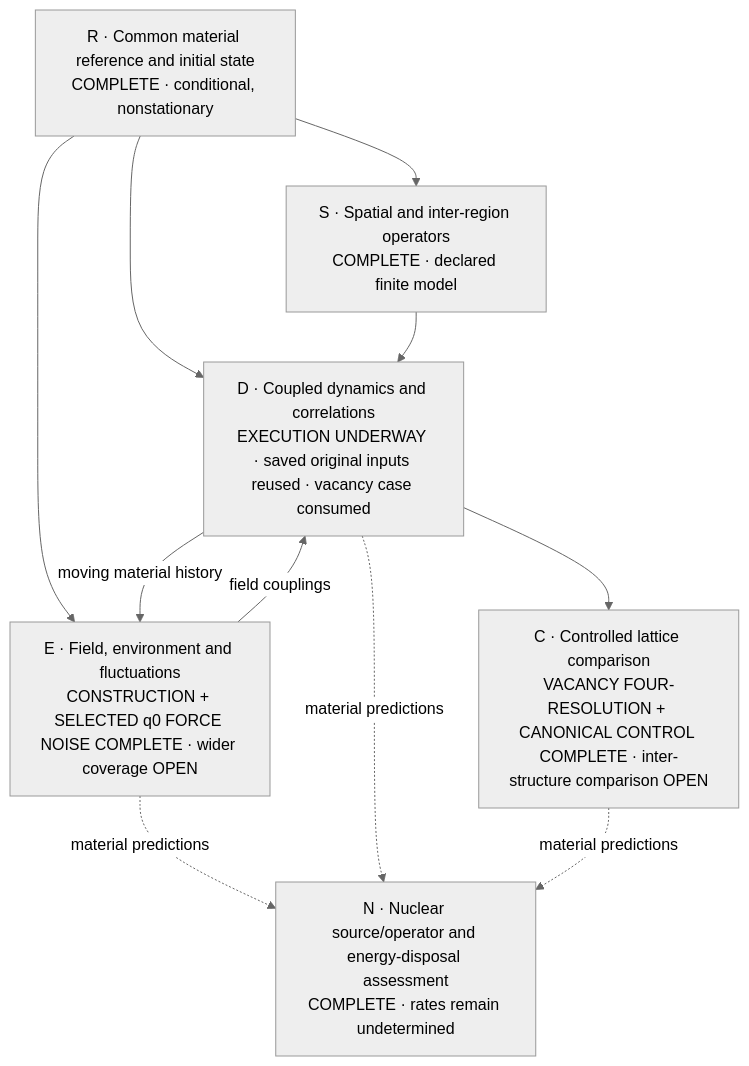
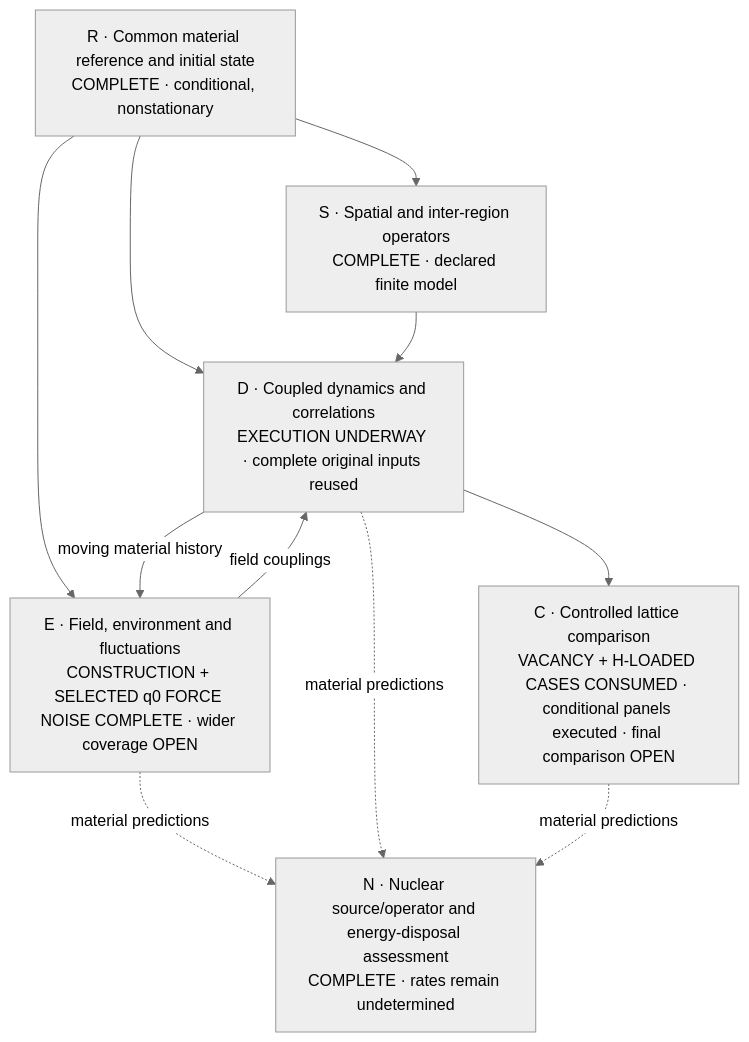
Before and after one commit to vantasnerdan/substrate-framework: the first of 2 diagrams in proposals/P254-ni-collective-response/SOLUTION.md, drawn with Mermaid (neutral theme). The commit also changed other lines of this file and 31 other files, not shown here.

Commit message:
Execute conditional lattice readouts; complete three materials and launch all final variants

````diff
--- a/proposals/P254-ni-collective-response/SOLUTION.md
+++ b/proposals/P254-ni-collective-response/SOLUTION.md
@@ -18,19 +18,19 @@
 ```mermaid
 flowchart TD
     R["R · Common material reference and initial state\nCOMPLETE · conditional, nonstationary"]
     S["S · Spatial and inter-region operators\nCOMPLETE · declared finite model"]
     E["E · Field, environment and fluctuations\nCONSTRUCTION + SELECTED q0 FORCE NOISE COMPLETE · wider coverage OPEN"]
-    D["D · Coupled dynamics and correlations\nEXECUTION UNDERWAY · saved original inputs reused · vacancy case consumed"]
-    C["C · Controlled lattice comparison\nVACANCY FOUR-RESOLUTION + CANONICAL CONTROL COMPLETE · inter-structure comparison OPEN"]
+    D["D · Coupled dynamics and correlations\nEXECUTION UNDERWAY · complete original inputs reused"]
+    C["C · Controlled lattice comparison\nVACANCY + H-LOADED CASES CONSUMED · conditional panels executed · final comparison OPEN"]
     N["N · Nuclear source/operator and energy-disposal assessment\nCOMPLETE · rates remain undetermined"]
     R --> S
     R --> E
     R --> D
     S --> D
     E -- "field couplings" --> D
     D -- "moving material history" --> E
     D --> C
     E -. "material predictions" .-> N
     D -. "material predictions" .-> N
     C -. "material predictions" .-> N
 ```
````
